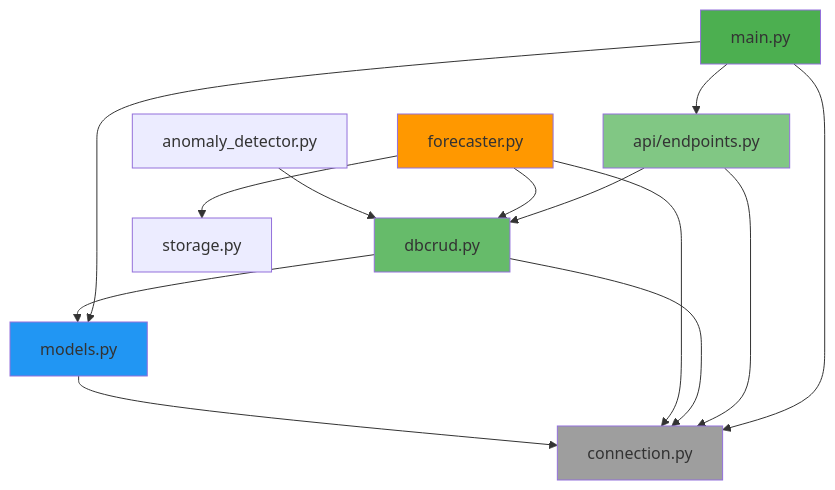
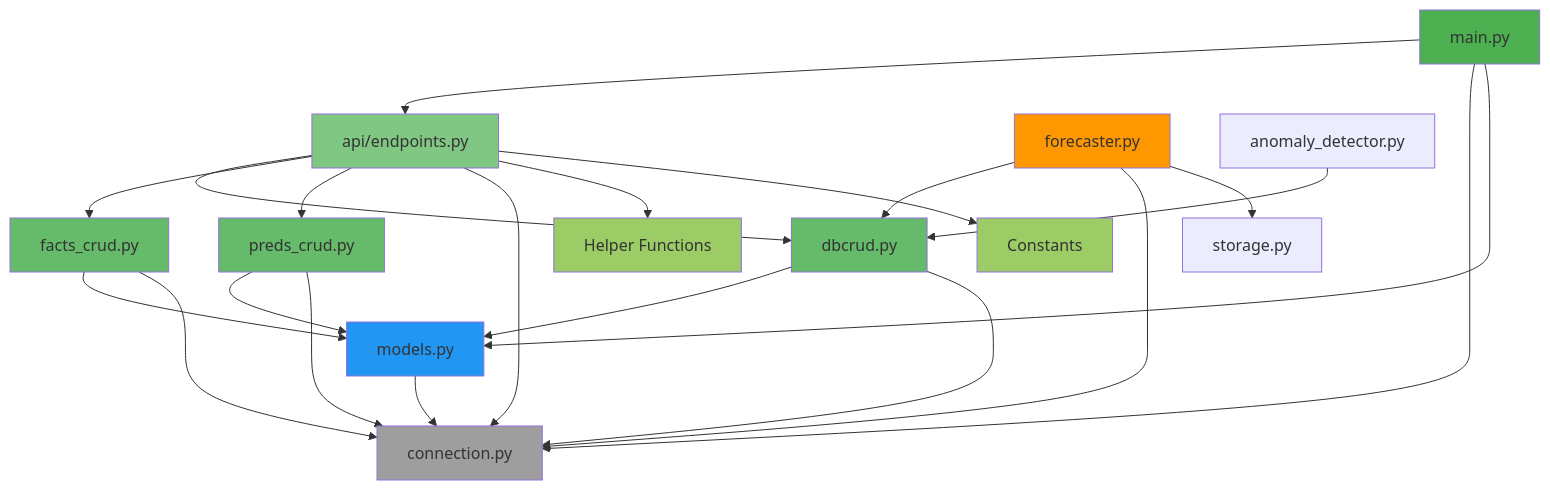
Diagram 12 of 16 in docs/ARCHITECTURE.md (sweetd0vee/dashboard), drawn with Mermaid before and after one commit. The commit also changed other lines of this file, not shown here.

Commit message:
added architecture

````diff
--- a/docs/ARCHITECTURE.md
+++ b/docs/ARCHITECTURE.md
@@ -543,27 +759,39 @@
 ```mermaid
 graph TD
     main[main.py] --> endpoints[api/endpoints.py]
     main --> connection[connection.py]
     main --> models[models.py]
     
     endpoints --> dbcrud[dbcrud.py]
+    endpoints --> facts_crud[facts_crud.py]
+    endpoints --> preds_crud[preds_crud.py]
     endpoints --> connection
+    endpoints --> helpers[Helper Functions]
+    endpoints --> constants[Constants]
     
     dbcrud --> models
     dbcrud --> connection
+    facts_crud --> models
+    facts_crud --> connection
+    preds_crud --> models
+    preds_crud --> connection
     
     forecaster[forecaster.py] --> dbcrud
     forecaster --> connection
     forecaster --> storage[storage.py]
     
     anomaly[anomaly_detector.py] --> dbcrud
     
     models --> connection
     
     style main fill:#4caf50
     style endpoints fill:#81c784
     style dbcrud fill:#66bb6a
+    style facts_crud fill:#66bb6a
+    style preds_crud fill:#66bb6a
     style forecaster fill:#ff9800
     style models fill:#2196f3
     style connection fill:#9e9e9e
+    style helpers fill:#9ccc65
+    style constants fill:#9ccc65
 ```
````
